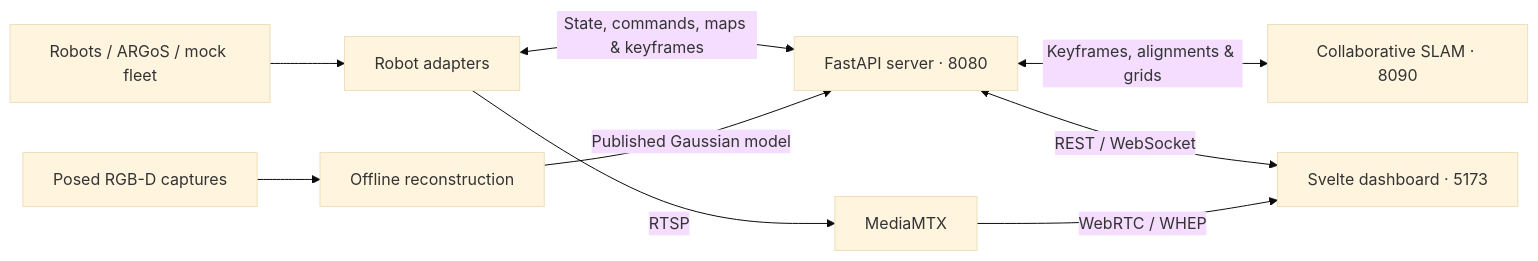
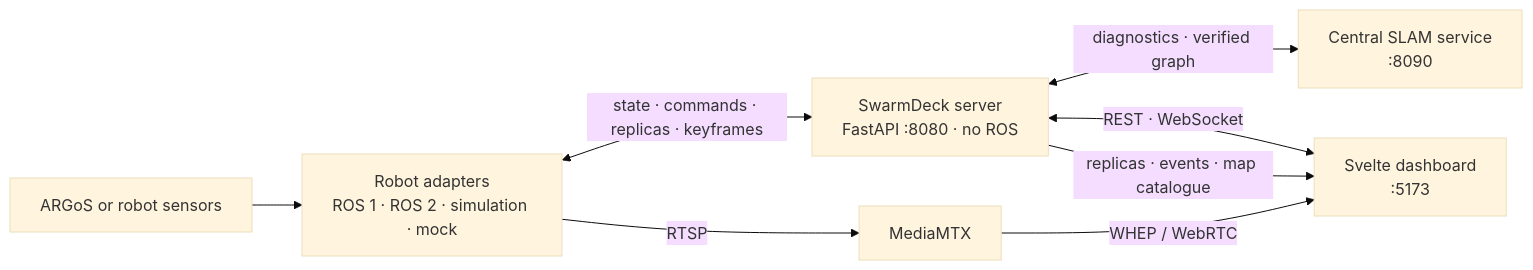
Before and after one commit to SimonR99/swarmdeck: the first of 2 diagrams in README.md, drawn with Mermaid (base theme). The commit also changed other lines of this file and 16 other files, not shown here.

Commit message:
Organize MOLA simulation lifecycle, cache planner grids, and document the stack

````diff
--- a/README.md
+++ b/README.md
@@ -231,11 +96,10 @@
 ```mermaid
 flowchart LR
-    Robots["Robots / ARGoS / mock fleet"] --> Adapters["Robot adapters"]
-    Adapters <-->|"State, commands, maps & keyframes"| Server["FastAPI server · 8080"]
-    Server <-->|"Keyframes, alignments & grids"| SLAM["Collaborative SLAM · 8090"]
-    Server <-->|"REST / WebSocket"| UI["Svelte dashboard · 5173"]
+    Sensors["ARGoS or robot sensors"] --> Adapters["Robot adapters<br/>ROS 1 · ROS 2 · simulation · mock"]
+    Adapters <-->|"state · commands · replicas · keyframes"| Server["SwarmDeck server<br/>FastAPI :8080 · no ROS"]
+    Server <-->|"diagnostics · verified graph"| SLAM["Central SLAM service<br/>:8090"]
+    Server <-->|"REST · WebSocket"| UI["Svelte dashboard<br/>:5173"]
     Adapters -->|RTSP| Media["MediaMTX"]
-    Media -->|"WebRTC / WHEP"| UI
-    RGBD["Posed RGB-D captures"] --> Trainer["Offline reconstruction"]
-    Trainer -->|"Published Gaussian model"| Server
+    Media -->|WHEP / WebRTC| UI
+    Server -->|"replicas · events · map catalogue"| UI
 ```
````
